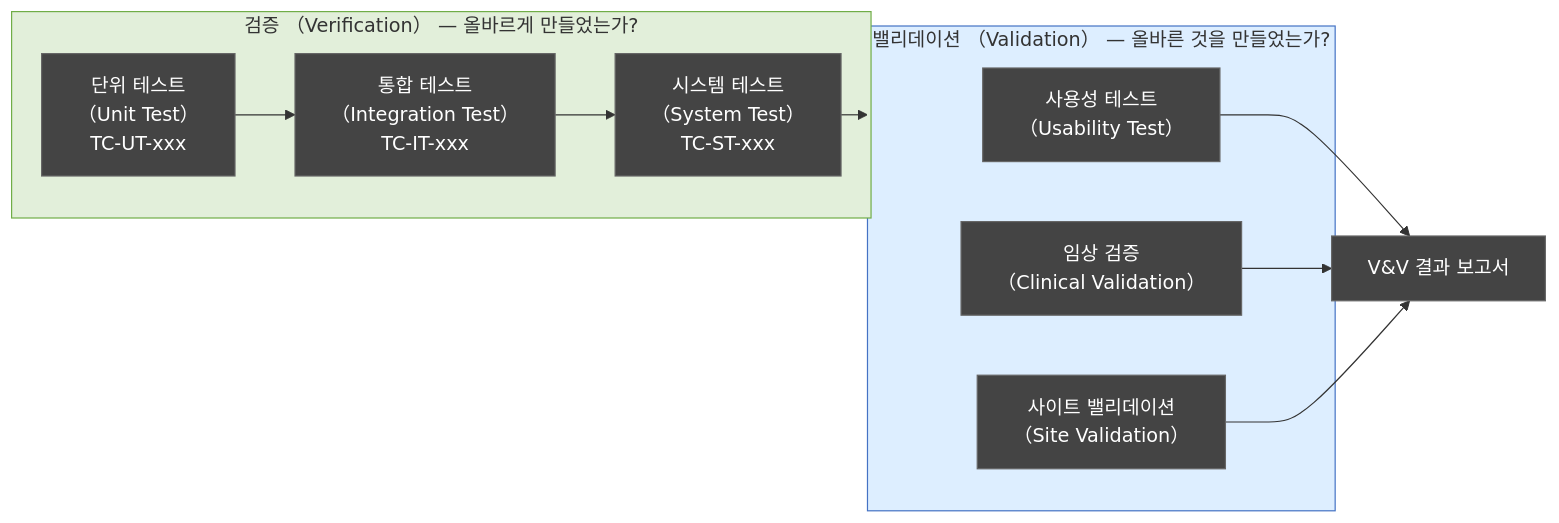
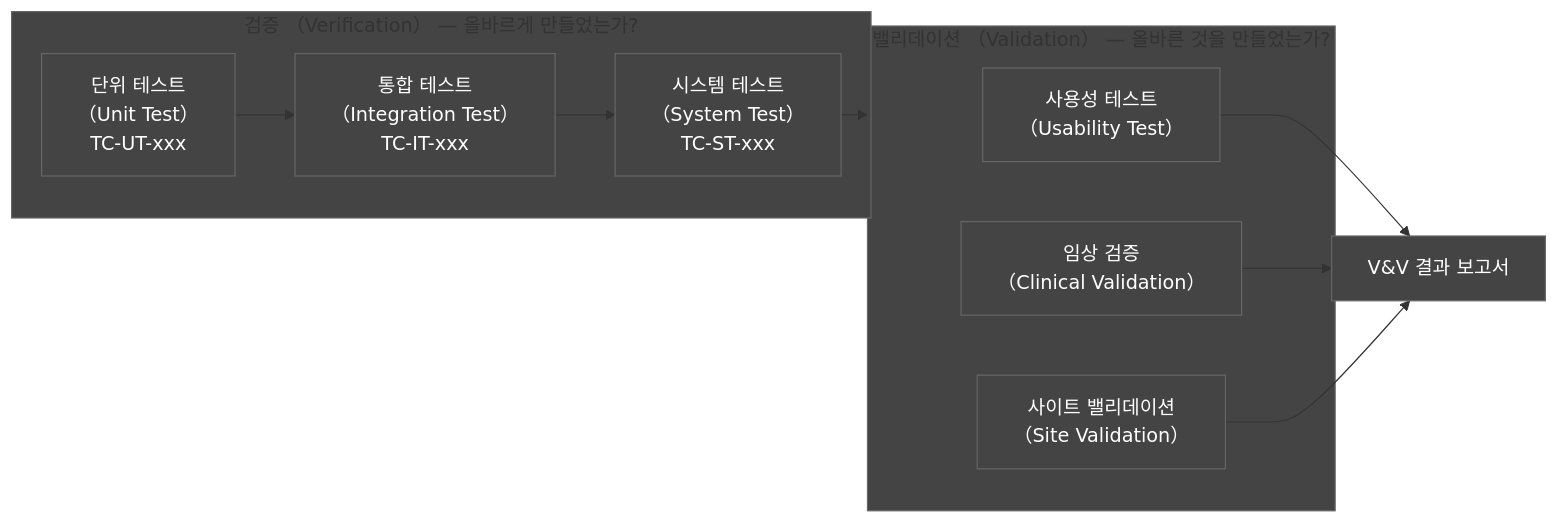
Before and after one commit to holee9/console-gui: the tenth of 13 diagrams in docs/management/DOC-003_SW_Development_Guideline_v1.0.md, drawn with Mermaid. The commit also changed other lines of this file and 35 other files, not shown here.

First line of the commit message:
fix: 전체 Mermaid 차트 색상 진한 회색 통일

````diff
--- a/docs/management/DOC-003_SW_Development_Guideline_v1.0.md
+++ b/docs/management/DOC-003_SW_Development_Guideline_v1.0.md
@@ -929,21 +929,21 @@
 ```mermaid
 flowchart LR
     classDef default fill:#444,stroke:#666,color:#fff
     subgraph VER["검증 （Verification） — 올바르게 만들었는가?"]
         UT["단위 테스트<br/>（Unit Test）<br/>TC-UT-xxx"]
         IT["통합 테스트<br/>（Integration Test）<br/>TC-IT-xxx"]
         ST["시스템 테스트<br/>（System Test）<br/>TC-ST-xxx"]
     end
 
     subgraph VAL["밸리데이션 （Validation） — 올바른 것을 만들었는가?"]
         UST["사용성 테스트<br/>（Usability Test）"]
         CLV["임상 검증<br/>（Clinical Validation）"]
         SVT["사이트 밸리데이션<br/>（Site Validation）"]
     end
 
     UT --> IT --> ST --> VAL
     UST & CLV & SVT --> REPORT["V&V 결과 보고서"]
 
-    style VER fill:#E2EFDA,stroke:#70AD47
-    style VAL fill:#DDEEFF,stroke:#4472C4
+    style VER fill:#444,stroke:#666
+    style VAL fill:#444,stroke:#666
 ```
````
